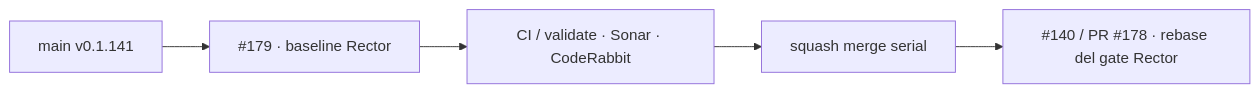
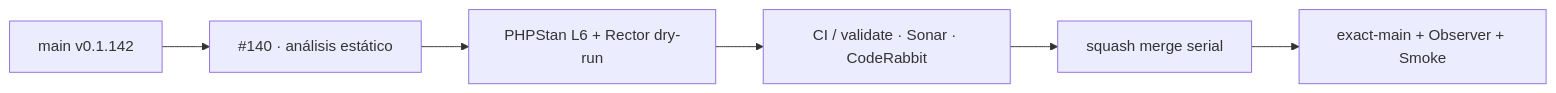
The diagram in README.md (pl0n3r/GrindFlow), drawn with Mermaid before and after one commit. The commit also changed other lines of this file and 12 other files, not shown here.

First line of the commit message:
calidad: PHPStan nivel 6 + Rector dry-run en CI (V 0.1.143) (#178)

````diff
--- a/README.md
+++ b/README.md
@@ -45,7 +45,8 @@
 ```mermaid
 flowchart LR
-  A["main v0.1.141"] --> P["#179 · baseline Rector"]
-  P --> V["CI / validate · Sonar · CodeRabbit"]
+  A["main v0.1.142"] --> P["#140 · análisis estático"]
+  P --> Q["PHPStan L6 + Rector dry-run"]
+  Q --> V["CI / validate · Sonar · CodeRabbit"]
   V --> M["squash merge serial"]
-  M --> R["#140 / PR #178 · rebase del gate Rector"]
+  M --> X["exact-main + Observer + Smoke"]
 ```
````
